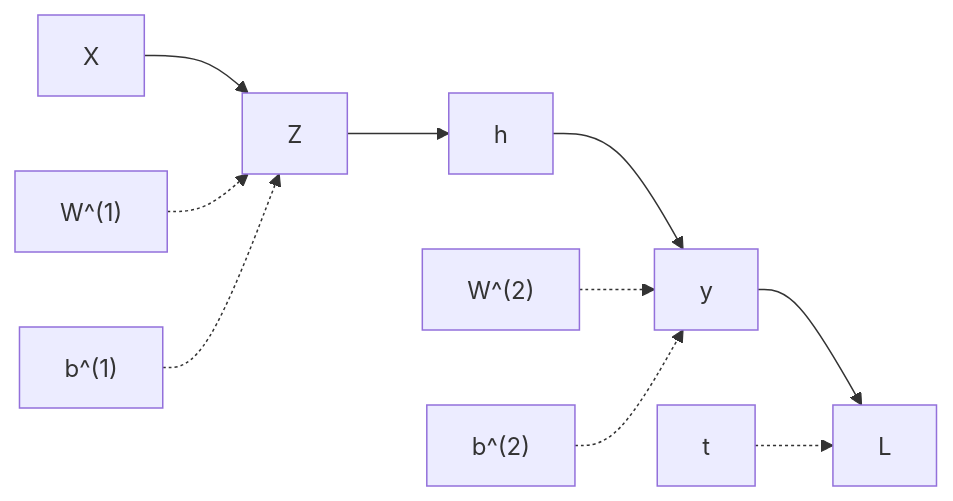
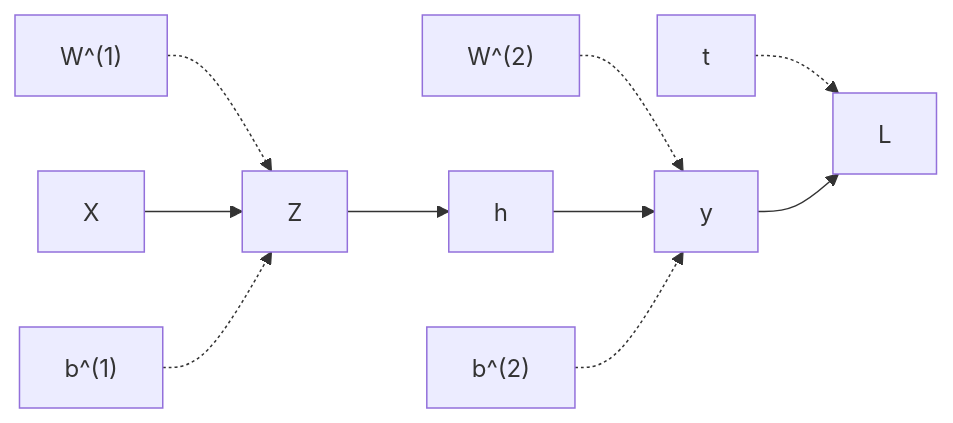
One commit to Tolia-GH/ITMO-AI changed the fifth of 5 diagrams in 1NaturalLanguageProcessing/Lectures/lecture03/lecture03.md. Above: the diagram before and after it, drawn with Mermaid. The commit also changed other lines of this file and 9 other files, not shown here.

````diff
--- a/1NaturalLanguageProcessing/Lectures/lecture03/lecture03.md
+++ b/1NaturalLanguageProcessing/Lectures/lecture03/lecture03.md
@@ -936,12 +762,14 @@
 ```mermaid
 graph LR
-  A["X"] --> B["Z"]
-  B --> C["h"]
-  C --> D["y"]
-  D --> E["L"]
-  F["W^(1)"] -.-> B
-  G["W^(2)"] -.-> D
-  H["t"] -.-> E
-  I["b^(1)"] -.-> B
-  J["b^(2)"] -.-> D
+  W1["W^(1)"] -.-> Z["Z"]
+  W2["W^(2)"] -.-> Y
+  T["t"] -.-> L
+  X["X"] --> Z
+
+  Z --> H["h"]
+  H --> Y["y"]
+  Y --> L["L"]
+  
+  B1["b^(1)"] -.-> Z
+  B2["b^(2)"] -.-> Y
 ```
````
